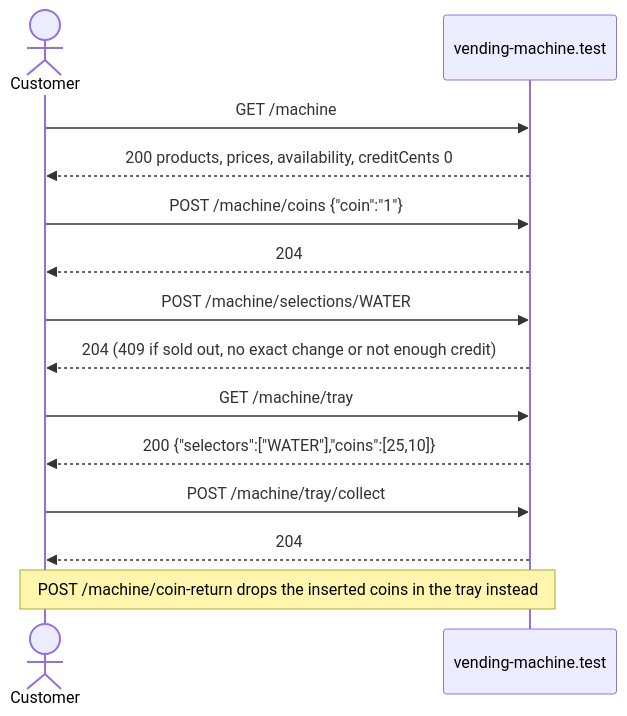
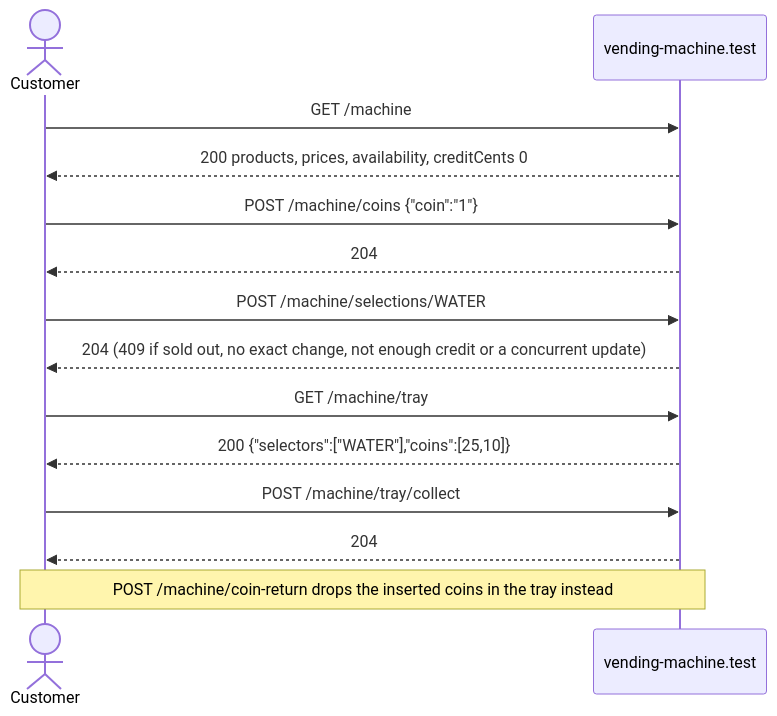
The first of 2 diagrams in README.md (prubiella/vending-machine-challenge), drawn with Mermaid before and after one commit. The commit also changed other lines of this file and 2 other files, not shown here.

Commit message:
docs(http): document the 409 of a concurrent update and the new 500 rule

````diff
--- a/README.md
+++ b/README.md
@@ -176,16 +176,16 @@
 ```mermaid
 sequenceDiagram
     actor Customer
     participant API as vending-machine.test
     Customer->>API: GET /machine
     API-->>Customer: 200 products, prices, availability, creditCents 0
     Customer->>API: POST /machine/coins {"coin":"1"}
     API-->>Customer: 204
     Customer->>API: POST /machine/selections/WATER
-    API-->>Customer: 204 (409 if sold out, no exact change or not enough credit)
+    API-->>Customer: 204 (409 if sold out, no exact change, not enough credit or a concurrent update)
     Customer->>API: GET /machine/tray
     API-->>Customer: 200 {"selectors":["WATER"],"coins":[25,10]}
     Customer->>API: POST /machine/tray/collect
     API-->>Customer: 204
     Note over Customer,API: POST /machine/coin-return drops the inserted coins in the tray instead
 ```
````
